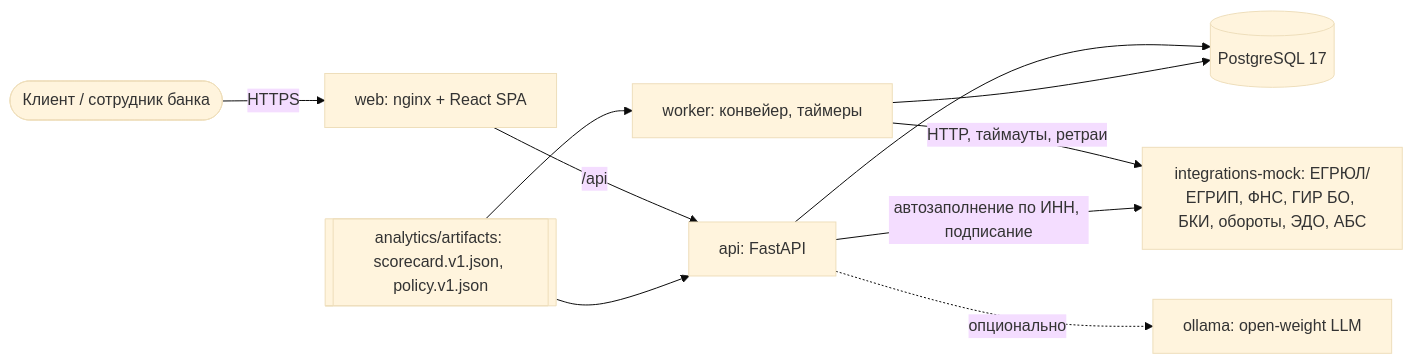
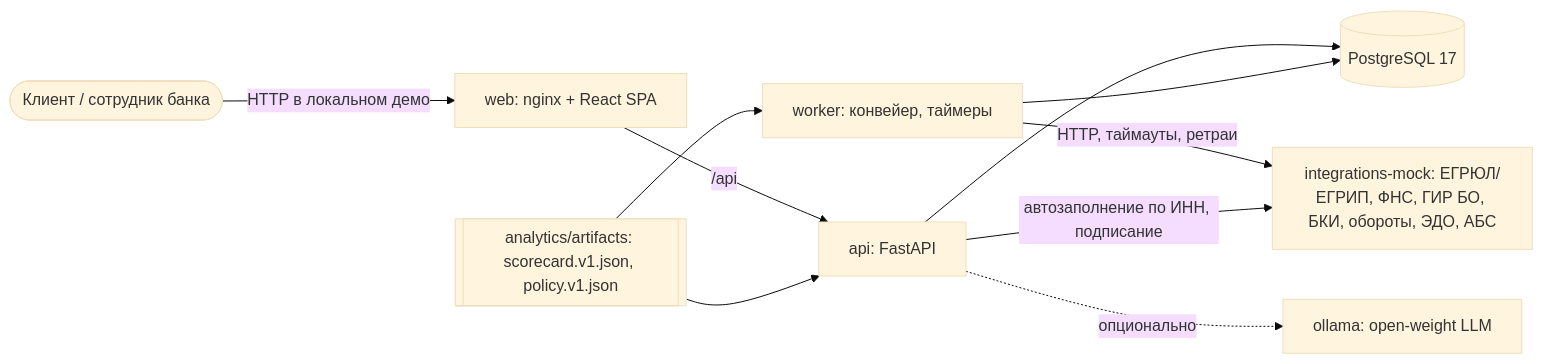
Before and after one commit to aqwckk/alpha-hack-lions: the diagram in README.md, drawn with Mermaid (base theme). The commit also changed other lines of this file and 36 other files, not shown here.

````diff
--- a/README.md
+++ b/README.md
@@ -78,12 +80,12 @@
 ```mermaid
 flowchart LR
-  user([Клиент / сотрудник банка]) -->|HTTPS| web[web: nginx + React SPA]
+  user([Клиент / сотрудник банка]) -->|HTTP в локальном демо| web[web: nginx + React SPA]
   web -->|/api| api[api: FastAPI]
   api --> db[(PostgreSQL 17)]
   worker[worker: конвейер, таймеры] --> db
   worker -->|HTTP, таймауты, ретраи| mock[integrations-mock: ЕГРЮЛ/ЕГРИП, ФНС, ГИР БО, БКИ, обороты, ЭДО, АБС]
   api -->|автозаполнение по ИНН, подписание| mock
   api -. опционально .-> llm[ollama: open-weight LLM]
   cfg[[analytics/artifacts: scorecard.v1.json, policy.v1.json]] --> api
   cfg --> worker
 ```
````
